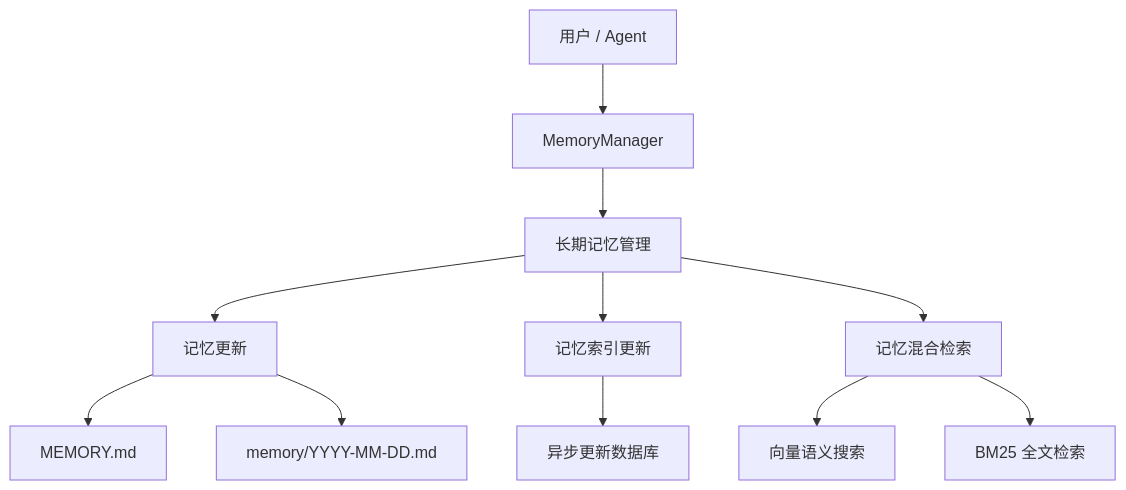
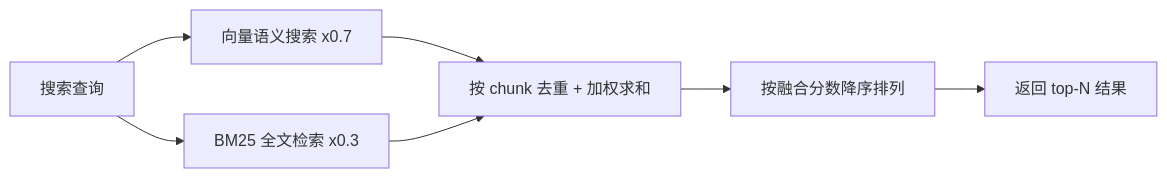
The diagram in website/public/docs/memory.zh.md (jinliyl/QwenPaw), drawn with Mermaid before and after one commit. The commit also changed other lines of this file and 3 other files, not shown here.

````diff
--- a/website/public/docs/memory.zh.md
+++ b/website/public/docs/memory.zh.md
@@ -11,13 +204,9 @@
 ```mermaid
-graph TB
-    User[用户 / Agent] --> MM[MemoryManager]
-    MM --> MemoryMgmt[长期记忆管理]
-    MemoryMgmt --> FileTools[记忆更新]
-    MemoryMgmt --> Watcher[记忆索引更新]
-    MemoryMgmt --> SearchLayer[记忆混合检索]
-    FileTools --> LTM[MEMORY.md]
-    FileTools --> DailyLog[memory/YYYY-MM-DD.md]
-    Watcher --> Index[异步更新数据库]
-    SearchLayer --> VectorSearch[向量语义搜索]
-    SearchLayer --> BM25[BM25 全文检索]
+graph LR
+    Query[搜索查询] --> Vector[向量语义搜索 x0.7]
+    Query --> BM25[BM25 全文检索 x0.3]
+    Vector --> Merge[按 chunk 去重 + 加权求和]
+    BM25 --> Merge
+    Merge --> Sort[按融合分数降序排列]
+    Sort --> Results[返回 top-N 结果]
 ```
````
